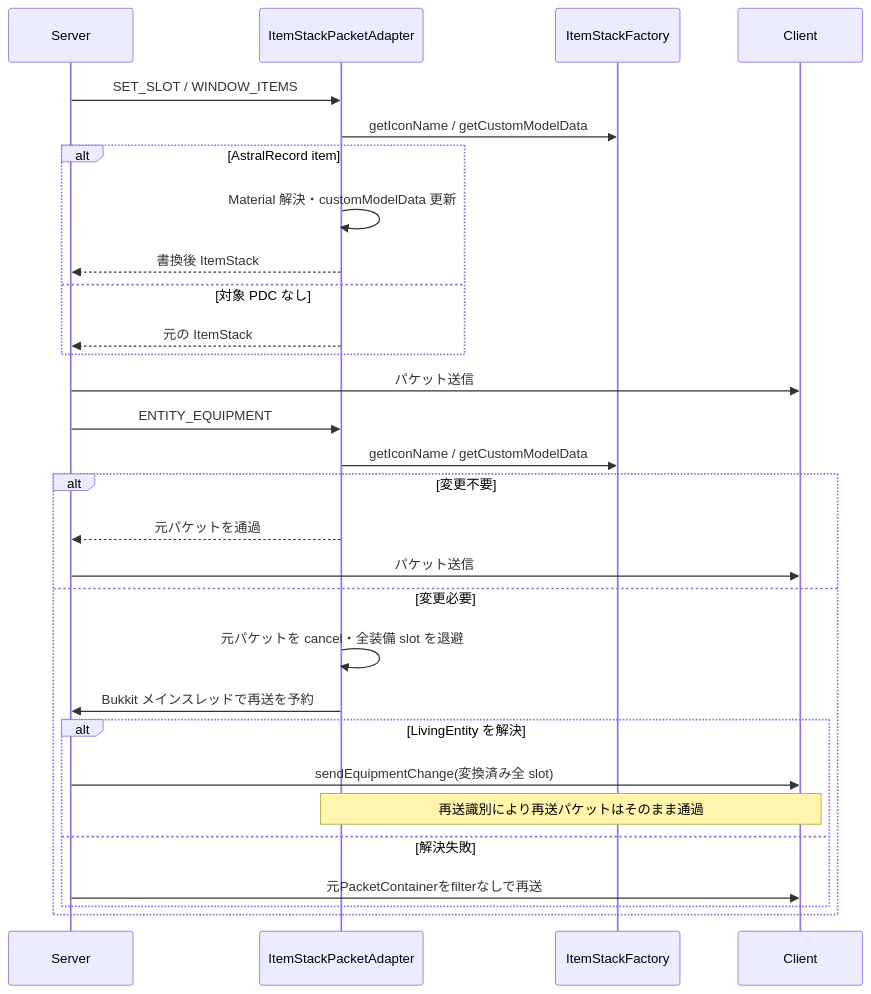
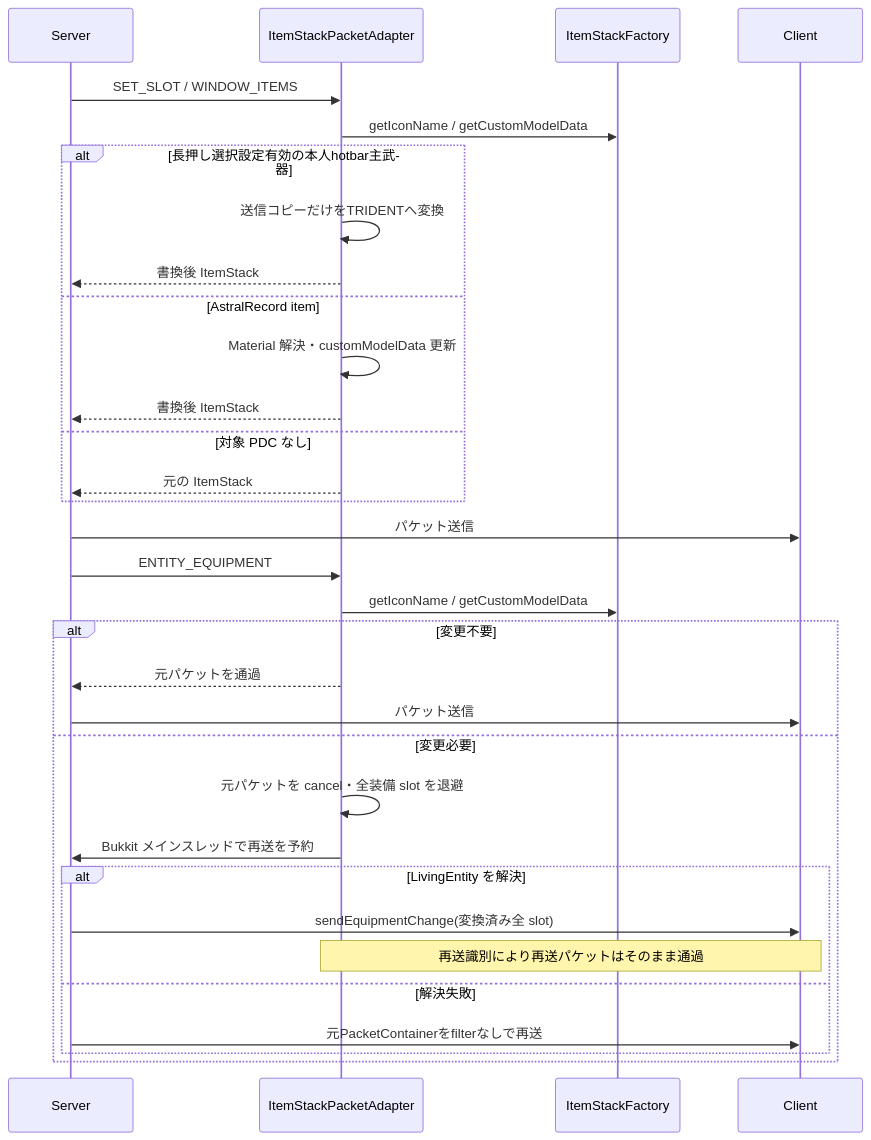
The third of 9 diagrams in 00_docs/10_Plugin設計書/feature/04-item/04_4-統合フロー.md (maaasu/AstralRecord-Workspace), drawn with Mermaid before and after one commit. The commit also changed other lines of this file and 32 other files, not shown here.

````diff
--- a/00_docs/10_Plugin設計書/feature/04-item/04_4-統合フロー.md
+++ b/00_docs/10_Plugin設計書/feature/04-item/04_4-統合フロー.md
@@ -70,33 +70,36 @@
 ```mermaid
 sequenceDiagram
     participant S as Server
     participant A as ItemStackPacketAdapter
     participant F as ItemStackFactory
     participant C as Client
 
     S->>A: SET_SLOT / WINDOW_ITEMS
     A->>F: getIconName / getCustomModelData
-    alt AstralRecord item
+    alt 長押し選択設定有効の本人hotbar主武器
+        A->>A: 送信コピーだけをTRIDENTへ変換
+        A-->>S: 書換後 ItemStack
+    else AstralRecord item
         A->>A: Material 解決・customModelData 更新
         A-->>S: 書換後 ItemStack
     else 対象 PDC なし
         A-->>S: 元の ItemStack
     end
     S->>C: パケット送信
 
     S->>A: ENTITY_EQUIPMENT
     A->>F: getIconName / getCustomModelData
     alt 変更不要
         A-->>S: 元パケットを通過
         S->>C: パケット送信
     else 変更必要
         A->>A: 元パケットを cancel・全装備 slot を退避
         A->>S: Bukkit メインスレッドで再送を予約
         alt LivingEntity を解決
             S->>C: sendEquipmentChange(変換済み全 slot)
             Note over A,C: 再送識別により再送パケットはそのまま通過
         else 解決失敗
             S->>C: 元PacketContainerをfilterなしで再送
         end
     end
 ```
````
